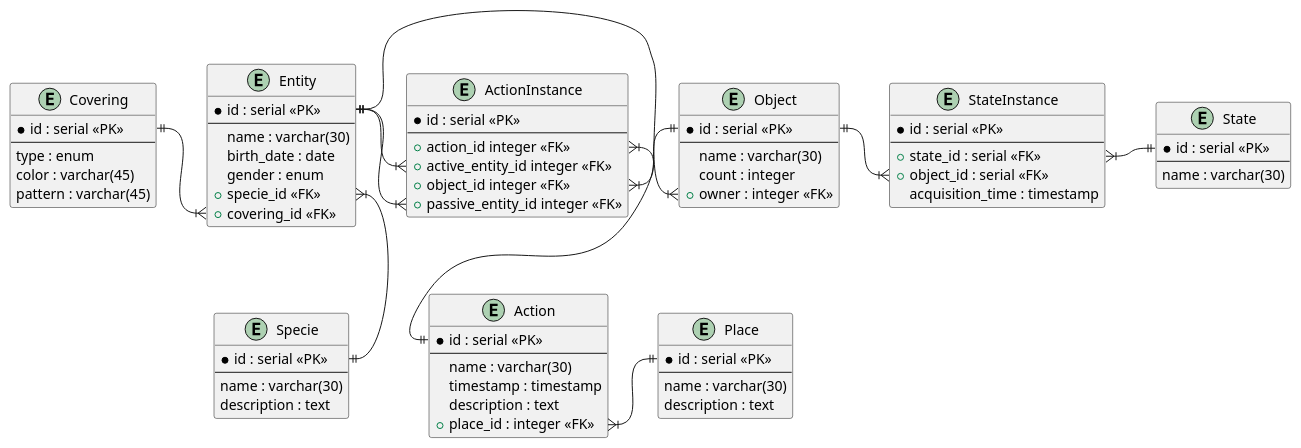
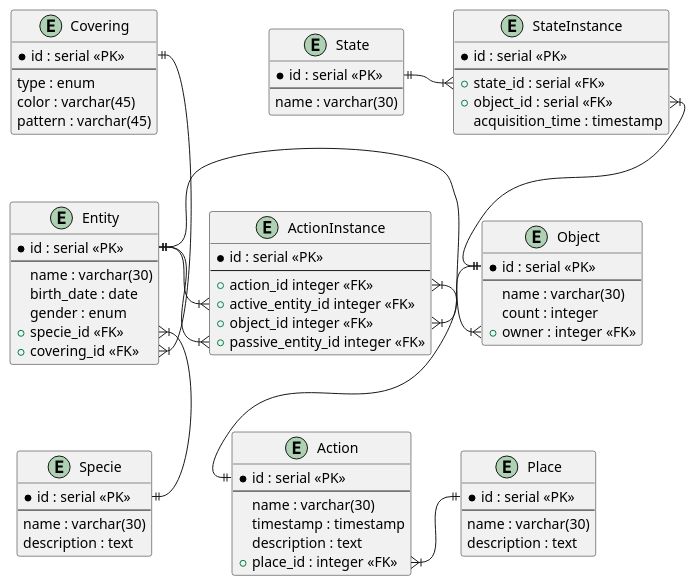
The diagram in databases/1/er-data.puml (MrDvD/itmo_labs), drawn with PlantUML before and after one commit. The commit also changed 4 other files, not shown here.

Commit message:
fix: updated diagrams

```diff
--- a/databases/1/er-data.puml
+++ b/databases/1/er-data.puml
@@ -1,85 +1,85 @@
 @startuml name
 
 entity Entity {
    * id : serial «PK»
    ---
    name : varchar(30)
    birth_date : date
    gender : enum
    + specie_id «FK»
    + covering_id «FK»
 }
 
 entity Covering {
    * id : serial «PK»
    ---
    type : enum
    color : varchar(45)
    pattern : varchar(45)
 }
 
 entity Action {
    * id : serial «PK»
    ---
    name : varchar(30)
    timestamp : timestamp
    description : text
    + place_id : integer «FK»
 }
 
 entity Place {
    * id : serial «PK»
    ---
    name : varchar(30)
    description : text
 }
 
 entity Object {
    * id : serial «PK»
    ---
    name : varchar(30)
    count : integer
    + owner : integer «FK»
 }
 
 entity State {
    * id : serial «PK»
    ---
    name : varchar(30)
 }
 
 entity Specie {
    * id : serial «PK»
    ---
    name : varchar(30)
    description : text
 }
 
 entity ActionInstance {
    * id : serial «PK»
    ---
    + action_id integer «FK»
    + active_entity_id integer «FK»
    + object_id integer «FK»
    + passive_entity_id integer «FK»
 }
 
 entity StateInstance {
    * id : serial «PK»
    ---
    + state_id : serial «FK»
    + object_id : serial «FK»
    acquisition_time : timestamp
 }
 
 Entity::specie_id }|-d-|| Specie::id
 ActionInstance::active_entity_id }|-l-|| Entity::id
 ActionInstance::passive_entity_id }|-d-|| Entity::id
-Entity::covering_id }|-l-|| Covering::id
-StateInstance::state_id }|-r-|| State::id
-StateInstance::object_id }|-l-|| Object::id
+Entity::covering_id }|-u-|| Covering::id
+StateInstance::state_id }|-l-|| State::id
+StateInstance::object_id }|-d-|| Object::id
 ActionInstance::action_id }|--|| Action::id
 ActionInstance::object_id }|-r-|| Object::id
 Action::place_id }|-r-|| Place::id
 Object::owner }|-l-|| Entity::id
 @enduml
```
